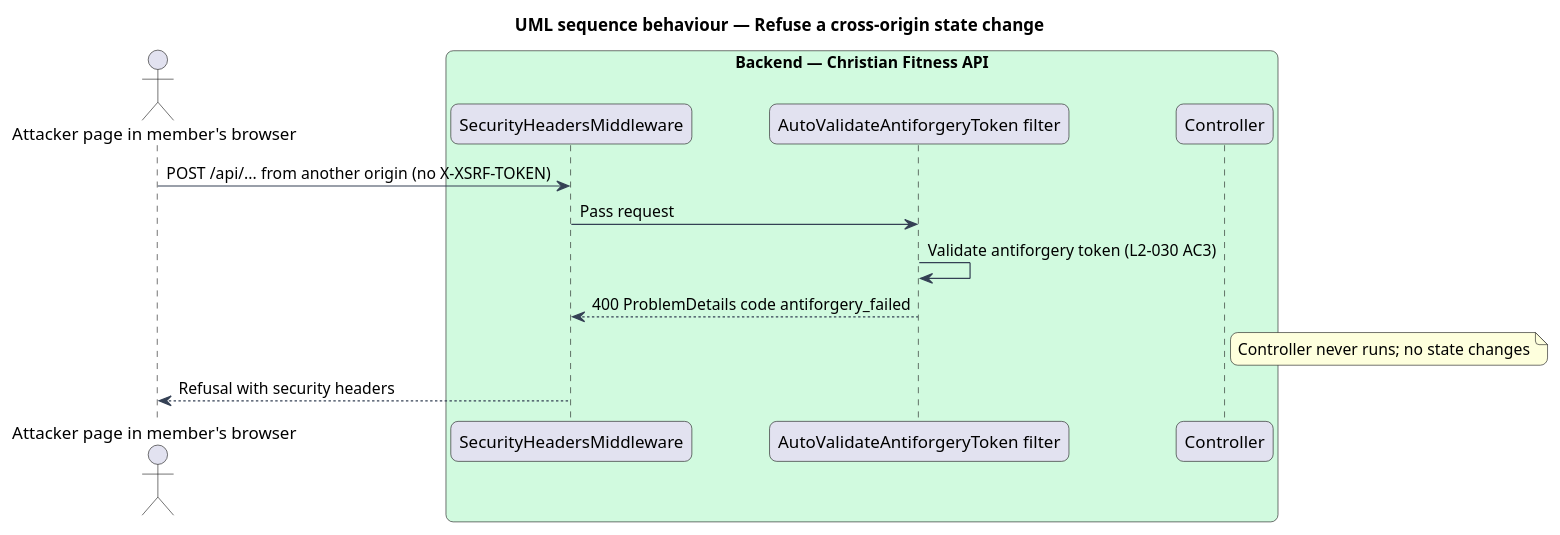
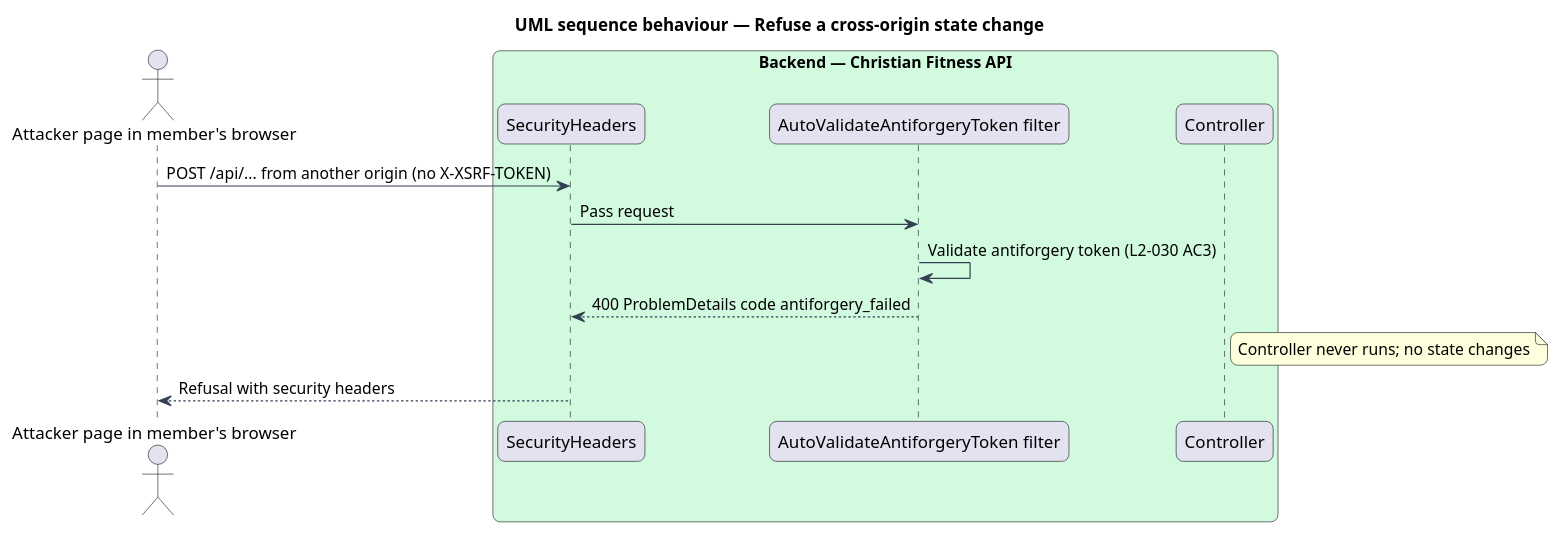
One commit to QuinntyneBrown/christian-fitness changed the diagram in docs/detailed-designs/security/secure-sessions/diagrams/sequence-cross-origin-refused.puml. Above: the diagram before and after it, drawn with PlantUML. The commit also changed 10 other files, not shown here.

```diff
--- a/docs/detailed-designs/security/secure-sessions/diagrams/sequence-cross-origin-refused.puml
+++ b/docs/detailed-designs/security/secure-sessions/diagrams/sequence-cross-origin-refused.puml
@@ -1,29 +1,29 @@
 @startuml
 title UML sequence behaviour — Refuse a cross-origin state change
 skinparam backgroundColor #FFFFFF
 skinparam shadowing false
 skinparam roundcorner 12
 skinparam defaultFontName Arial
 skinparam ArrowColor #344054
 skinparam rectangle {
   BorderColor #344054
   FontColor #101828
 }
 skinparam package {
   BorderColor #667085
   FontColor #101828
   BackgroundColor #F9FAFB
 }
 actor "Attacker page in member's browser" as actor
 box "Backend — Christian Fitness API" #D1FADF
-  participant "SecurityHeadersMiddleware" as hdr
+  participant "SecurityHeaders" as hdr
   participant "AutoValidateAntiforgeryToken filter" as af
   participant "Controller" as ctrl
 end box
 actor -> hdr : POST /api/... from another origin (no X-XSRF-TOKEN)
 hdr -> af : Pass request
 af -> af : Validate antiforgery token (L2-030 AC3)
 af --> hdr : 400 ProblemDetails code antiforgery_failed
 note right of ctrl : Controller never runs; no state changes
 hdr --> actor : Refusal with security headers
 @enduml
```
